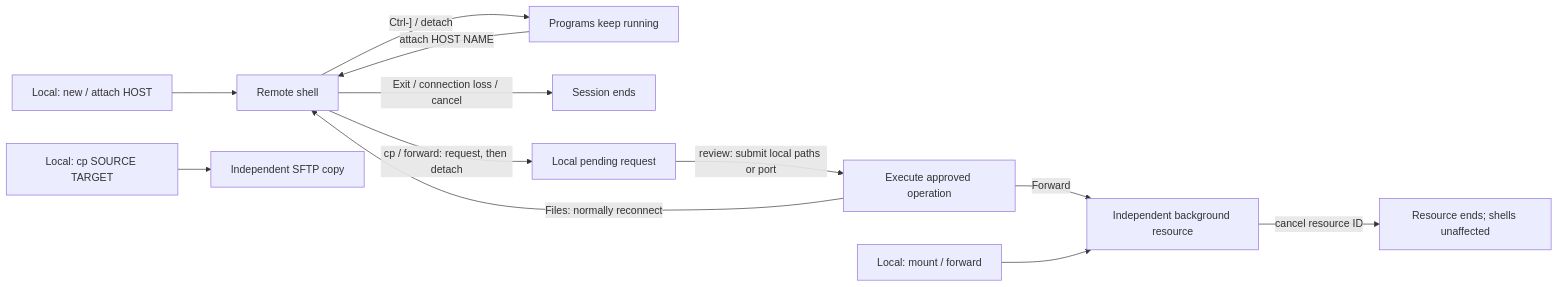
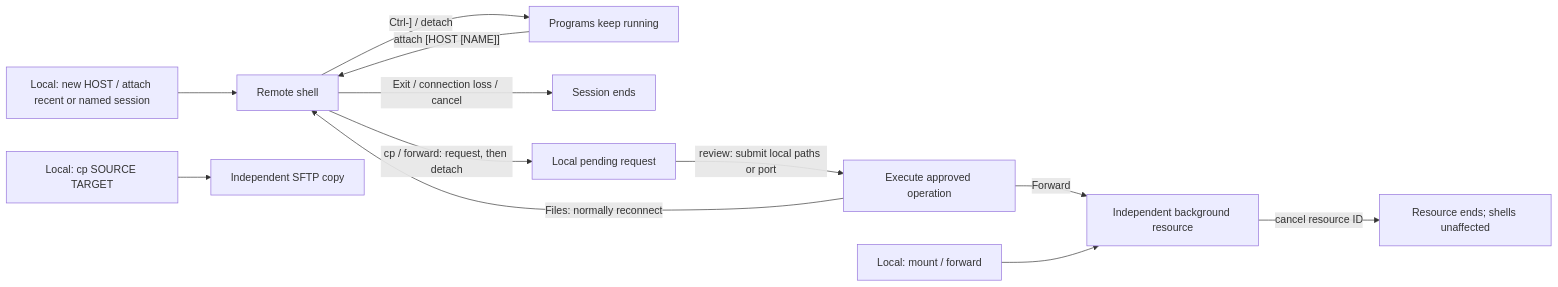
Before and after one commit to jay-waves/sshore: the diagram in README.md, drawn with Mermaid. The commit also changed other lines of this file and 30 other files, not shown here.

Commit message:
Fix background forwarding and restore recent attach defaults

````diff
--- a/README.md
+++ b/README.md
@@ -87,14 +91,14 @@
 ```mermaid
 flowchart LR
-    connect["Local: new / attach HOST"] --> session["Remote shell"]
+    connect["Local: new HOST / attach recent or named session"] --> session["Remote shell"]
     session -->|"Ctrl-] / detach"| detached["Programs keep running"]
-    detached -->|"attach HOST NAME"| session
+    detached -->|"attach [HOST [NAME]]"| session
     session -->|"Exit / connection loss / cancel"| ended["Session ends"]
     session -->|"cp / forward: request, then detach"| pending["Local pending request"]
     pending -->|"review: submit local paths or port"| approved["Execute approved operation"]
     approved -->|"Files: normally reconnect"| session
     approved -->|"Forward"| resource["Independent background resource"]
     local["Local: mount / forward"] --> resource
     copy["Local: cp SOURCE TARGET"] --> files["Independent SFTP copy"]
     resource -->|"cancel resource ID"| stopped["Resource ends; shells unaffected"]
 ```
````
